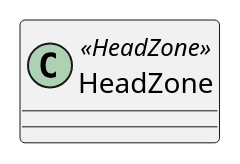
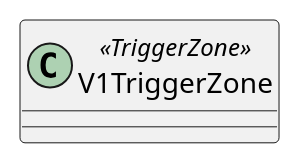
Before and after one commit to tunepruner/FingerPerc: diagram 14 of 31 in app/Documentation/Declarations.puml, drawn with PlantUML. The commit also changed other lines of this file and 25 other files, not shown here.

```diff
--- a/app/Documentation/Declarations.puml
+++ b/app/Documentation/Declarations.puml
@@ -104,5 +104,5 @@
-@startuml(id=HeadZone)
-class HeadZone<<HeadZone>>{
+@startuml(id=V1TriggerZone)
+class V1TriggerZone<<TriggerZone>>{
 
 }
 @enduml
```
